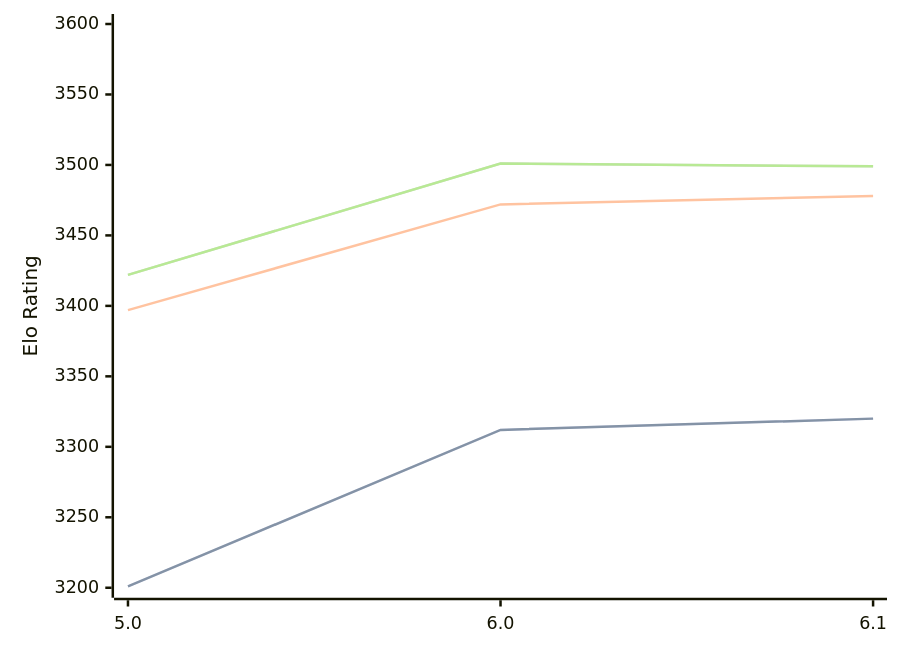
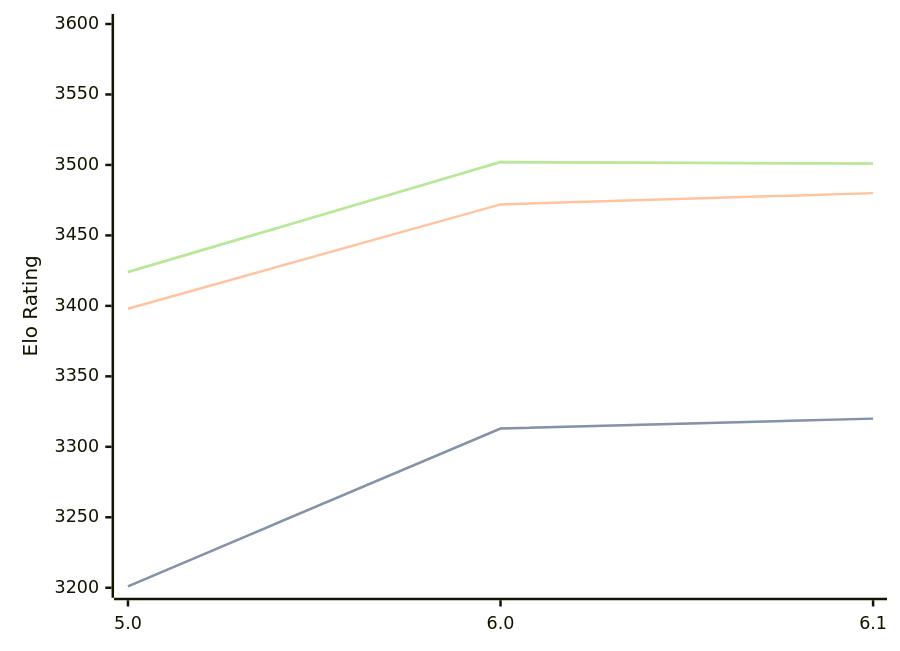
The third of 3 diagrams in engines/Starzix.md (computer-chess-index/cci), drawn with Mermaid before and after one commit. The commit also changed other lines of this file, not shown here.

Commit message:
Update CCI Ratings (ELO VLTC) - 2026-07-12

````diff
--- a/engines/Starzix.md
+++ b/engines/Starzix.md
@@ -70,11 +70,11 @@
 ```mermaid
 %%{init: {"theme":"base","themeVariables":{"seriesColors:['#a3a3a3','#222221','#faa371']}}}%%
 xychart-beta
   x-axis ["5.0", "6.0", "6.1"]
   y-axis "Elo Rating" 3200 --> 3600
-  line "STC (8.0+0.08s)" [3201, 3312, 3320]
-  line "STC (8.0+0.08s)" [3201, 3312, 3320]
-  line "LTC (60.0+0.60s)" [3397, 3472, 3478]
-  line "VLTC (2m24s+1.12s)" [3422, 3501, 3499]
-  line "VLTC (2m24s+1.12s)" [3422, 3501, 3499]
+  line "STC (8.0+0.08s)" [3201, 3313, 3320]
+  line "STC (8.0+0.08s)" [3201, 3313, 3320]
+  line "LTC (60.0+0.60s)" [3398, 3472, 3480]
+  line "VLTC (2m24s+1.12s)" [3424, 3502, 3501]
+  line "VLTC (2m24s+1.12s)" [3424, 3502, 3501]
 ```
````
